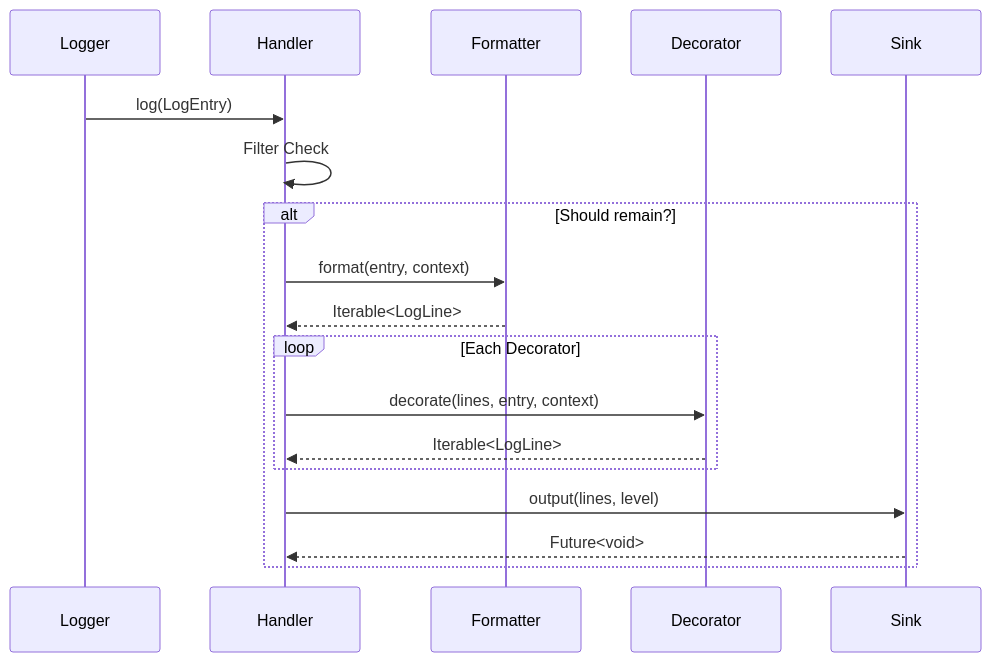
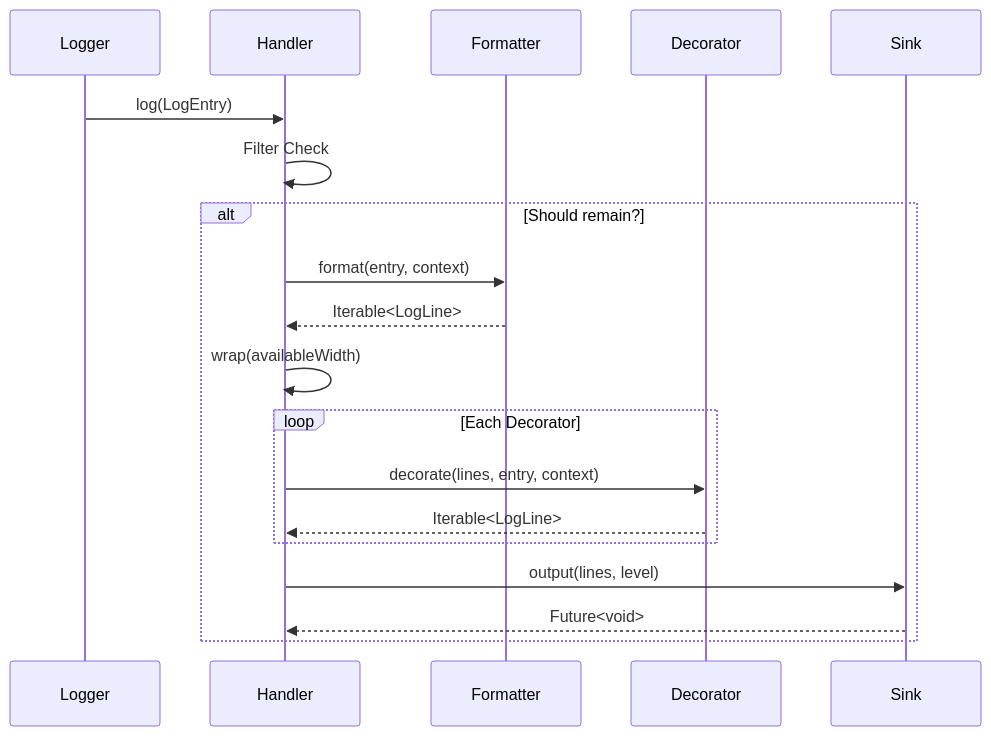
Before and after one commit to pooriaaskarim/logd: the second of 2 diagrams in doc/handler/architecture.md, drawn with Mermaid. The commit also changed other lines of this file and 7 other files, not shown here.

````diff
--- a/doc/handler/architecture.md
+++ b/doc/handler/architecture.md
@@ -31,21 +16,22 @@
 ```mermaid
 sequenceDiagram
     participant L as Logger
     participant H as Handler
     participant F as Formatter
     participant D as Decorator
     participant S as Sink
 
     L->>H: log(LogEntry)
     H->>H: Filter Check
     alt Should remain?
         H->>F: format(entry, context)
         F-->>H: Iterable<LogLine>
+        H->>H: wrap(availableWidth)
         loop Each Decorator
             H->>D: decorate(lines, entry, context)
             D-->>H: Iterable<LogLine>
         end
         H->>S: output(lines, level)
         S-->>H: Future<void>
     end
 ```
````
